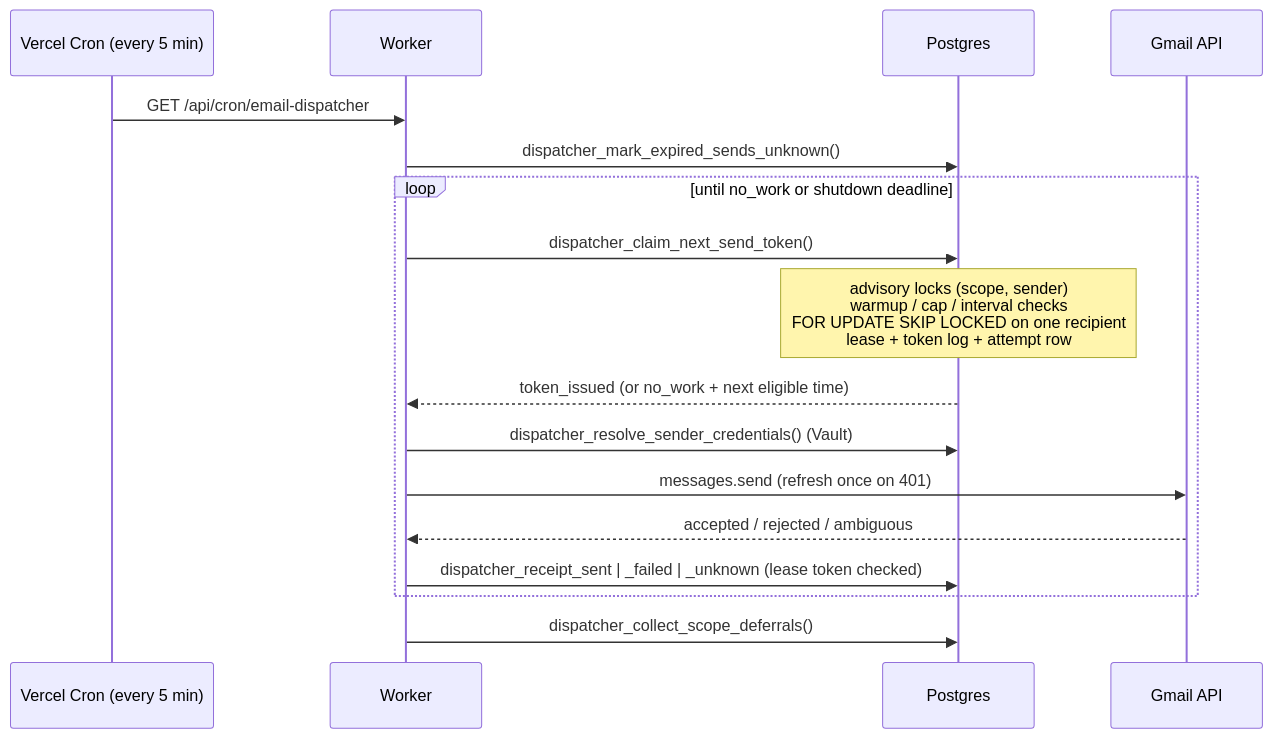
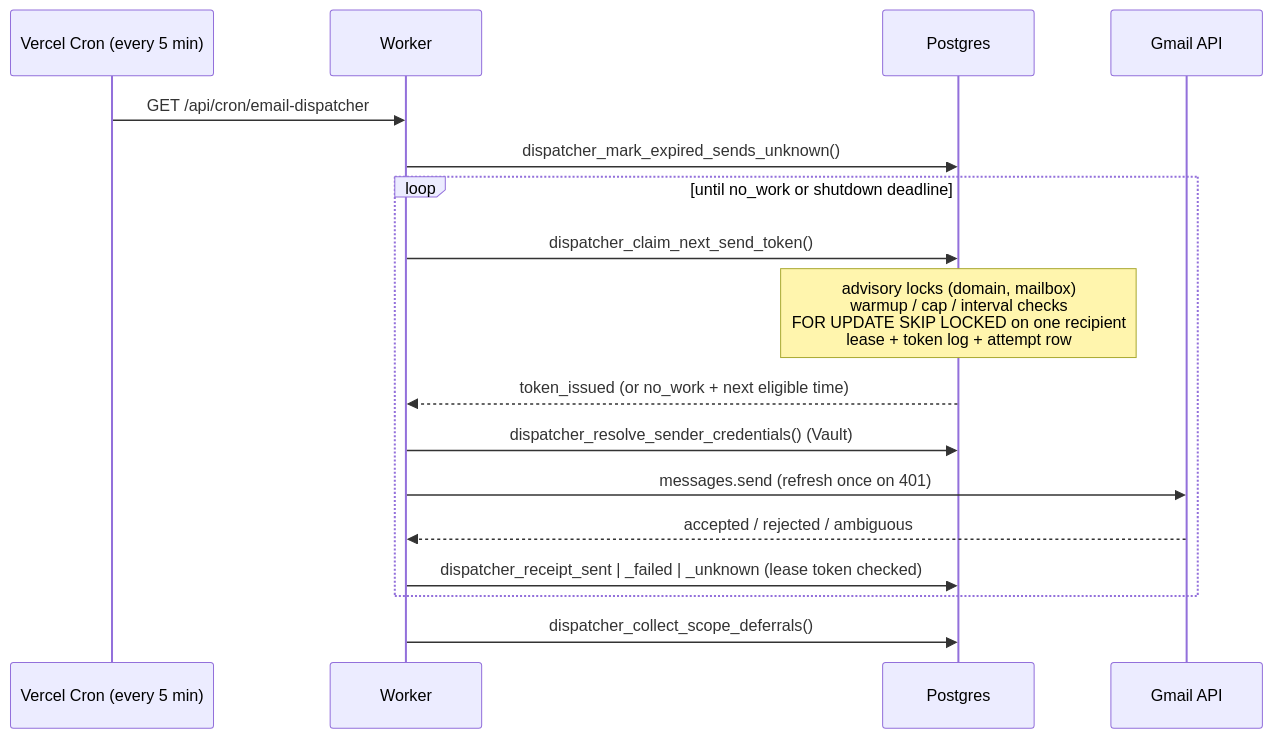
The first of 2 diagrams in README.md (MinoThauros/EmailDispatcher), drawn with Mermaid before and after one commit. The commit also changed other lines of this file, not shown here.

````diff
--- a/README.md
+++ b/README.md
@@ -20,19 +33,19 @@
 ```mermaid
 sequenceDiagram
     participant Cron as Vercel Cron (every 5 min)
     participant W as Worker
     participant PG as Postgres
     participant G as Gmail API
     Cron->>W: GET /api/cron/email-dispatcher
     W->>PG: dispatcher_mark_expired_sends_unknown()
     loop until no_work or shutdown deadline
         W->>PG: dispatcher_claim_next_send_token()
-        Note over PG: advisory locks (scope, sender)<br/>warmup / cap / interval checks<br/>FOR UPDATE SKIP LOCKED on one recipient<br/>lease + token log + attempt row
+        Note over PG: advisory locks (domain, mailbox)<br/>warmup / cap / interval checks<br/>FOR UPDATE SKIP LOCKED on one recipient<br/>lease + token log + attempt row
         PG-->>W: token_issued (or no_work + next eligible time)
         W->>PG: dispatcher_resolve_sender_credentials() (Vault)
         W->>G: messages.send (refresh once on 401)
         G-->>W: accepted / rejected / ambiguous
         W->>PG: dispatcher_receipt_sent | _failed | _unknown (lease token checked)
     end
     W->>PG: dispatcher_collect_scope_deferrals()
 ```
````
